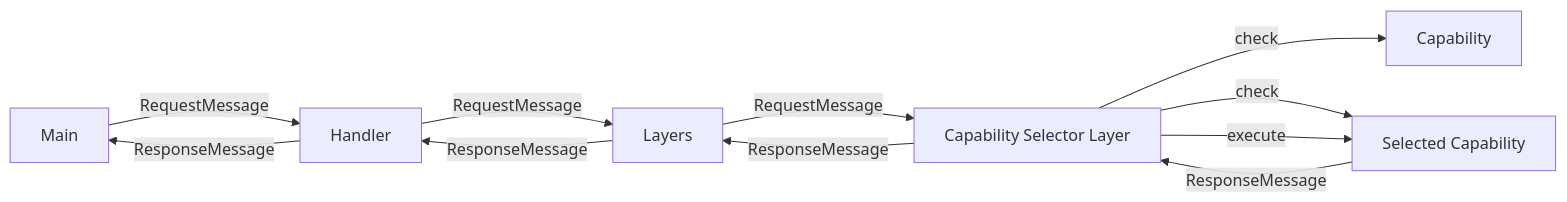
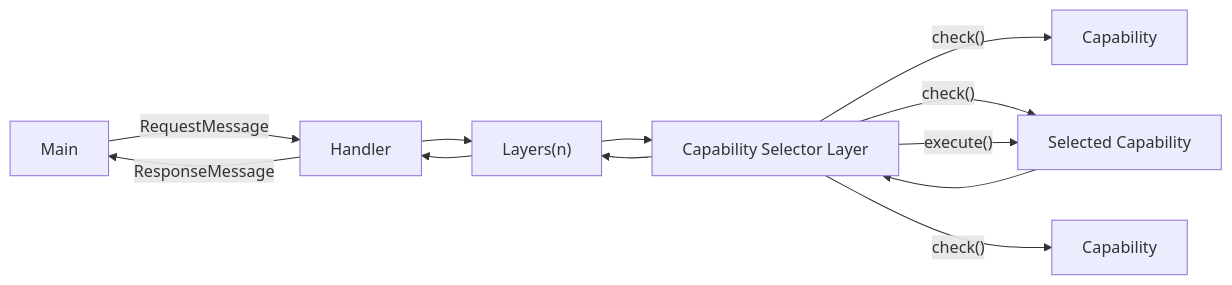
One commit to divanvisagie/Layer-Capability-Pattern changed the second of 2 diagrams in README.md. Above: the diagram before and after it, drawn with Mermaid. The commit also changed other lines of this file, not shown here.

Commit message:
Revise README.md to enhance clarity and detail of the Layer-Capability Pattern, including core concepts, interaction diagrams, and benefits of the architecture.

````diff
--- a/README.md
+++ b/README.md
@@ -47,13 +77,17 @@
 ```mermaid
 graph LR
-M[Main] -->|RequestMessage| H[Handler] 
-H -->|RequestMessage| L[Layers] 
-L -->|RequestMessage| CSL[Capability Selector Layer]
-CSL -->|check| C[Capability]
-CSL -->|check| C2[Selected Capability]
-CSL -->|execute| C2
-C2 -->|ResponseMessage| CSL
-CSL -->|ResponseMessage| L
-L -->|ResponseMessage| H
-H -->|ResponseMessage| M
+M[Main] -- RequestMessage --> H[Handler] 
+H --> L["Layers(n)"]
+L --> CSL[Capability Selector Layer]
+
+CSL -- "check()"--> C[Capability]
+CSL -- "check()" --> C2[Selected Capability]
+CSL -- "check()" --> C3[Capability]
+
+CSL -- "execute()" --> C2
+C2 --> CSL
+
+CSL --> L
+L --> H
+H -- ResponseMessage --> M
 ```
````
